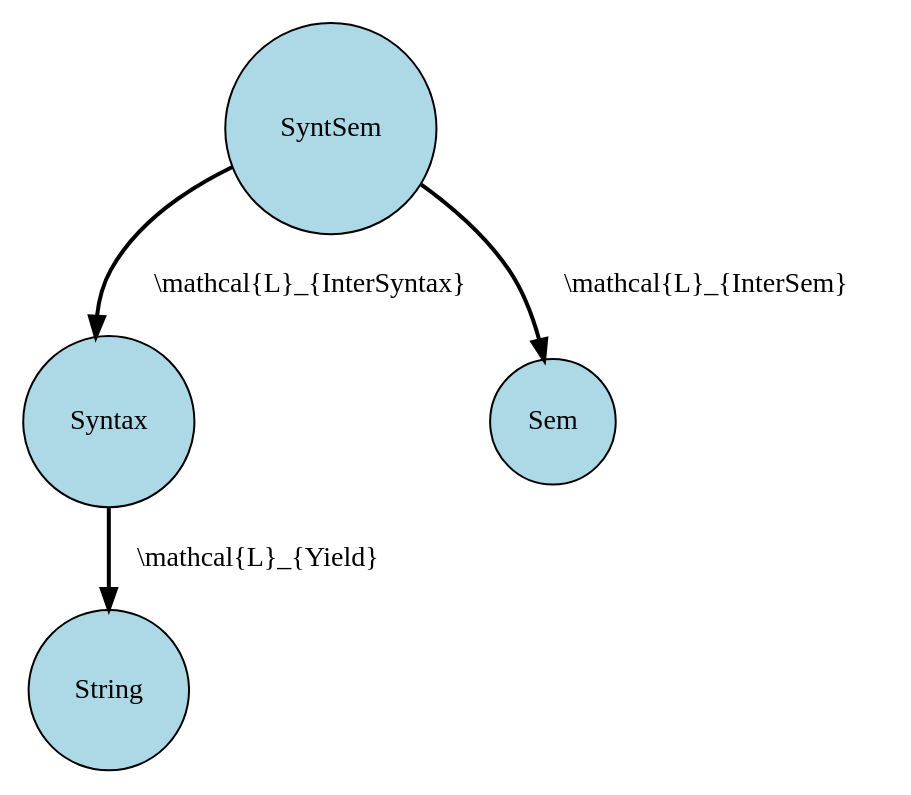
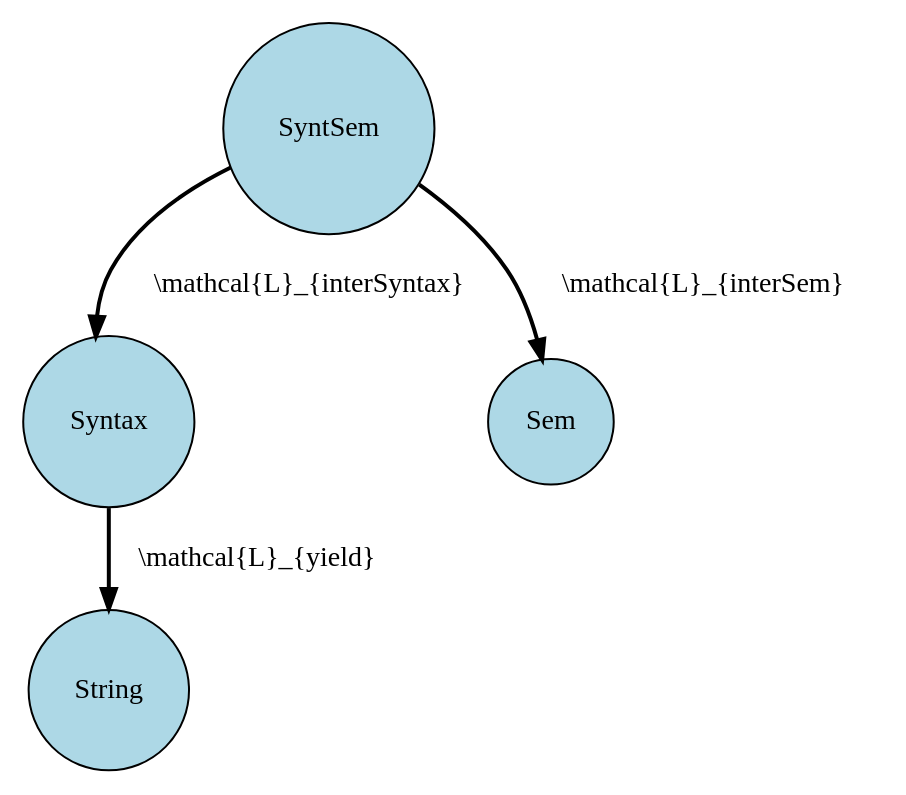
Before and after one commit to jirkamarsik/master-thesis: the diagram in diagrams/parallel-over-serial.dot, drawn with Graphviz. The commit also changed 31 other files, not shown here.

```diff
--- a/diagrams/parallel-over-serial.dot
+++ b/diagrams/parallel-over-serial.dot
@@ -1,7 +1,7 @@
 strict digraph "parallel-over-serial" {
   node [shape="circle",style="filled",fillcolor="lightblue"]
   edge [style="bold"]
-  "SyntSem" -> "Syntax" [label="\\mathcal{L}_{InterSyntax}"]
-  "Syntax" -> "String" [label="\\mathcal{L}_{Yield}"]
-  "SyntSem" -> "Sem" [label="\\mathcal{L}_{InterSem}"]
+  "SyntSem" -> "Syntax" [label="\\mathcal{L}_{interSyntax}"]
+  "Syntax" -> "String" [label="\\mathcal{L}_{yield}"]
+  "SyntSem" -> "Sem" [label="\\mathcal{L}_{interSem}"]
 }
```
